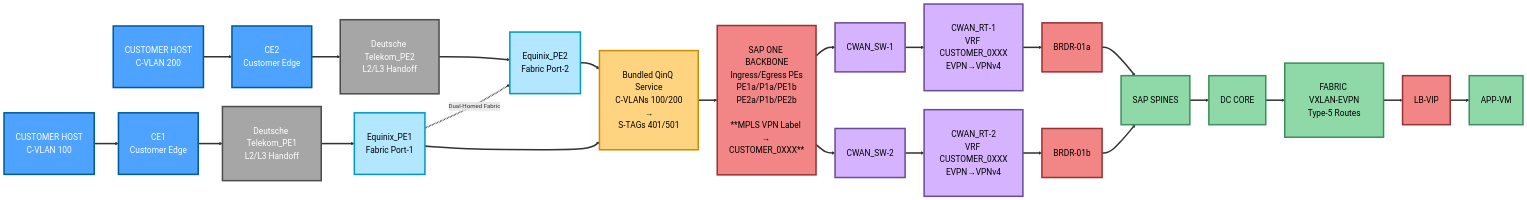
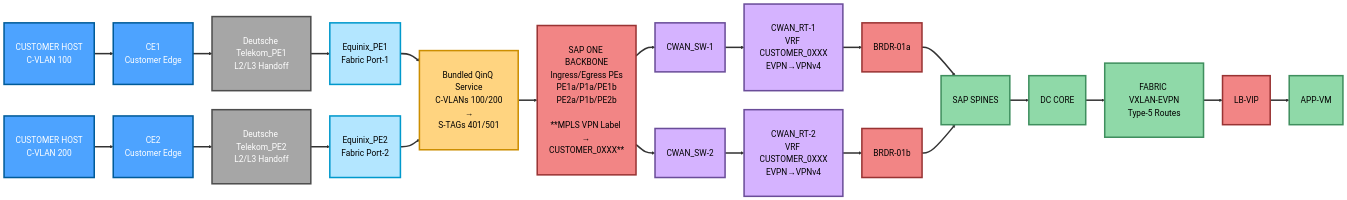
The diagram in test.md (jeetroy1992/JEET), drawn with Mermaid before and after one commit.

````diff
--- a/test.md
+++ b/test.md
@@ -1,4 +1,5 @@
 ```mermaid
+
 flowchart LR
 
 %% ===========================
@@ -21,48 +22,69 @@
 %% ================================================================
 
 %% LEFT: CUSTOMER
-H1[CUSTOMER HOST<br/>C‑VLAN 100]:::customer
-H2[CUSTOMER HOST<br/>C‑VLAN 200]:::customer
+H1[CUSTOMER HOST
+C‑VLAN 100]:::customer
+H2[CUSTOMER HOST
+C‑VLAN 200]:::customer
 
-H1 --> CE1[CE1<br/>Customer Edge]:::customer
-H2 --> CE2[CE2<br/>Customer Edge]:::customer
+H1 --> CE1[CE1
+Customer Edge]:::customer
+H2 --> CE2[CE2
+Customer Edge]:::customer
 
 %% TELCO
-CE1 --> DT1[Deutsche Telekom_PE1<br/>L2/L3 Handoff]:::telco
-CE2 --> DT2[Deutsche Telekom_PE2<br/>L2/L3 Handoff]:::telco
+CE1 --> DT1[Deutsche Telekom_PE1
+L2/L3 Handoff]:::telco
+CE2 --> DT2[Deutsche Telekom_PE2
+L2/L3 Handoff]:::telco
 
-%% INTERCONNECT (Dual-Homed)
-DT1 --> EQ1[Equinix_PE1<br/>Fabric Port‑1]:::interco
-DT2 --> EQ2[Equinix_PE2<br/>Fabric Port‑2]:::interco
+%% INTERCONNECT Dual-Homed
+DT1 --> EQ1[Equinix_PE1
+Fabric Port‑1]:::interco
+DT2 --> EQ2[Equinix_PE2
+Fabric Port‑2]:::interco
 
 %% CROSS-CONNECT — Dual active paths
-EQ1 -. Dual‑Homed Fabric .-> EQ2
+
 
 %% QINQ Mapping
-EQ1 --> Q1["Bundled QinQ Service<br/>C‑VLANs 100/200<br/>→<br/>S‑TAGs 401/501"]:::qinq
+EQ1 --> Q1["Bundled QinQ Service
+C‑VLANs 100/200
+→
+S‑TAGs 401/501"]:::qinq
 EQ2 --> Q1
 
 %% SAP ONE BACKBONE
-Q1 --> SOB["SAP ONE BACKBONE<br/>Ingress/Egress PEs<br/>PE1a/P1a/PE1b<br/>PE2a/P1b/PE2b<br/><br/>**MPLS VPN Label → CUSTOMER_0XXX**"]:::sap
+Q1 --> SOB["SAP ONE BACKBONE
+Ingress/Egress PEs
+PE1a/P1a/PE1b
+PE2a/P1b/PE2b
+
+**MPLS VPN Label → CUSTOMER_0XXX**"]:::sap
 
 %% CWAN SWITCHES
 SOB --> SW1["CWAN_SW‑1"]:::cwan
 SOB --> SW2["CWAN_SW‑2"]:::cwan
 
 %% CWAN ROUTERS
-SW1 --> RT1["CWAN_RT‑1<br/>VRF CUSTOMER_0XXX<br/>EVPN→VPNv4"]:::cwan
-SW2 --> RT2["CWAN_RT‑2<br/>VRF CUSTOMER_0XXX<br/>EVPN→VPNv4"]:::cwan
+SW1 --> RT1["CWAN_RT‑1
+VRF CUSTOMER_0XXX
+EVPN→VPNv4"]:::cwan
+SW2 --> RT2["CWAN_RT‑2
+VRF CUSTOMER_0XXX
+EVPN→VPNv4"]:::cwan
 
 %% BORDER ROUTERS
 RT1 --> BR1[BRDR‑01a]:::sap
 RT2 --> BR2[BRDR‑01b]:::sap
 
-%% SAP FABRIC (Common)
+%% SAP FABRIC Common
 BR1 --> SP[SAP SPINES]:::core
 BR2 --> SP
 
 SP --> CR[DC CORE]:::core
-CR --> FAB[FABRIC VXLAN‑EVPN<br/>Type‑5 Routes]:::core
+CR --> FAB[FABRIC VXLAN‑EVPN
+Type‑5 Routes]:::core
 
 FAB --> VIP["LB‑VIP"]:::sap
 VIP --> APP["APP‑VM"]:::core
````
